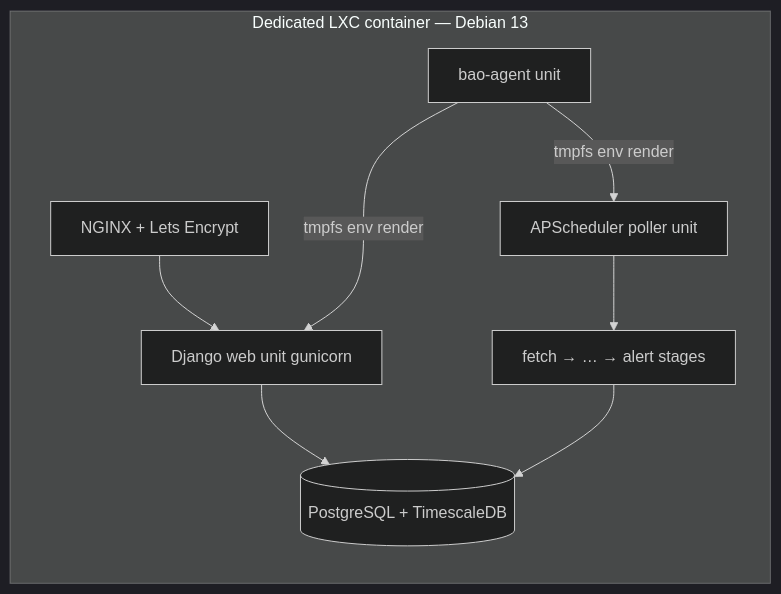
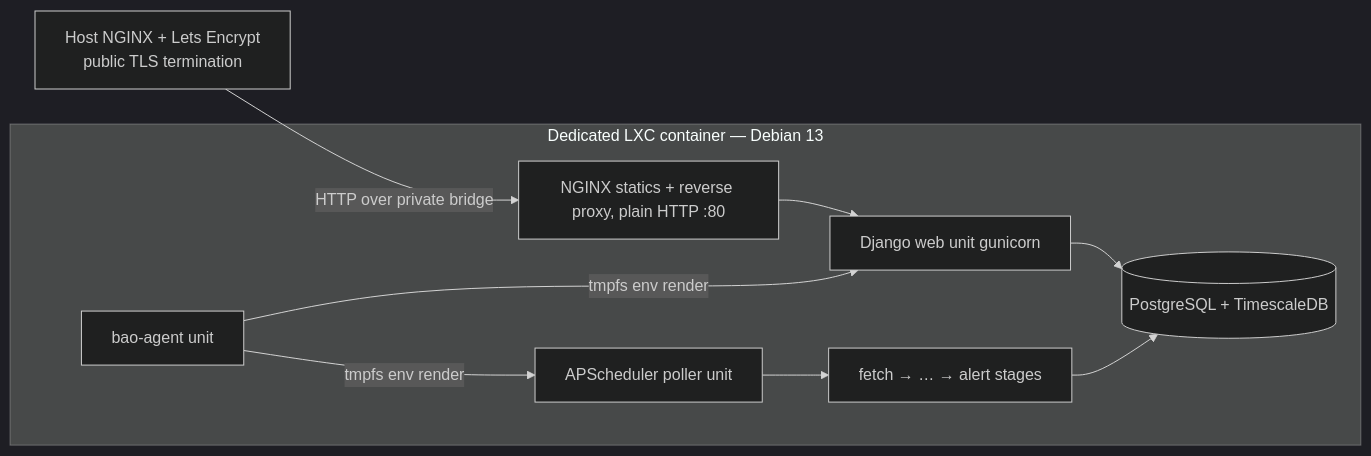
Before and after one commit to L3DigitalNet/disk-search: the second of 4 diagrams in docs/specs/hw-radar-master-spec.md, drawn with Mermaid (dark theme). The commit also changed other lines of this file, not shown here.

First line of the commit message:
docs(spec): reconcile TLS termination to deployed Model A (v0.9)

````diff
--- a/docs/specs/hw-radar-master-spec.md
+++ b/docs/specs/hw-radar-master-spec.md
@@ -315,17 +316,18 @@
 ```mermaid
 flowchart LR
-    NGINX[NGINX + Lets Encrypt] --> Web[Django web unit gunicorn]
+    HostNGINX[Host NGINX + Lets Encrypt<br/>public TLS termination] -->|HTTP over private bridge| NGINX
+    NGINX[NGINX statics + reverse proxy, plain HTTP :80] --> Web[Django web unit gunicorn]
     Poller[APScheduler poller unit] --> Pipeline[fetch → … → alert stages]
     Web --> DB[(PostgreSQL + TimescaleDB)]
     Pipeline --> DB
     BaoAgent[bao-agent unit] -->|tmpfs env render| Web
     BaoAgent -->|tmpfs env render| Poller
     subgraph CT [Dedicated LXC container — Debian 13]
         NGINX
         Web
         Poller
         Pipeline
         DB
         BaoAgent
     end
 ```
````
